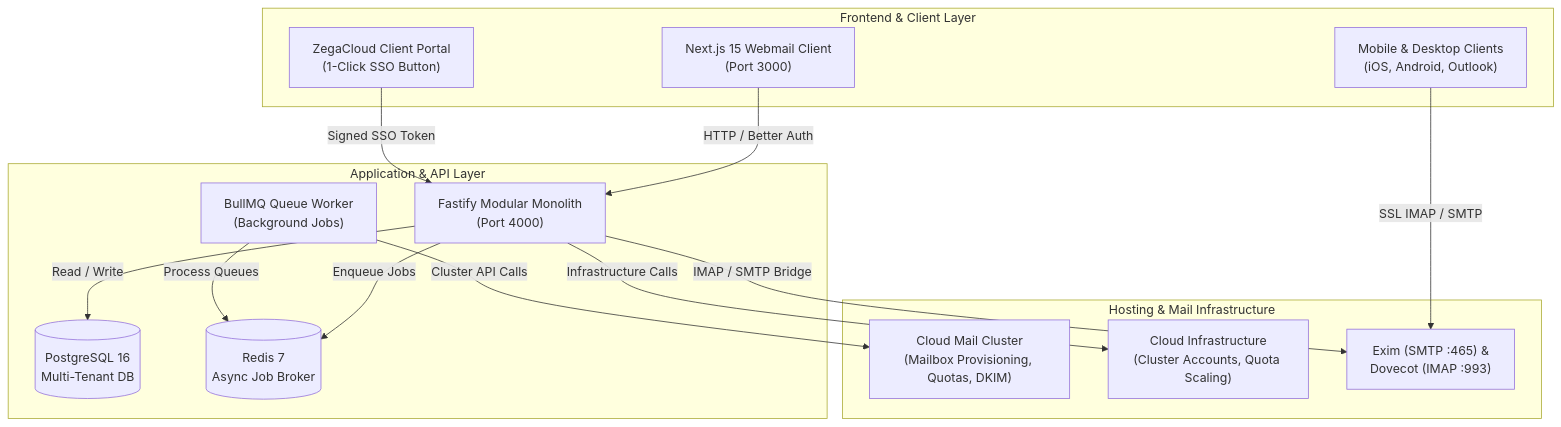
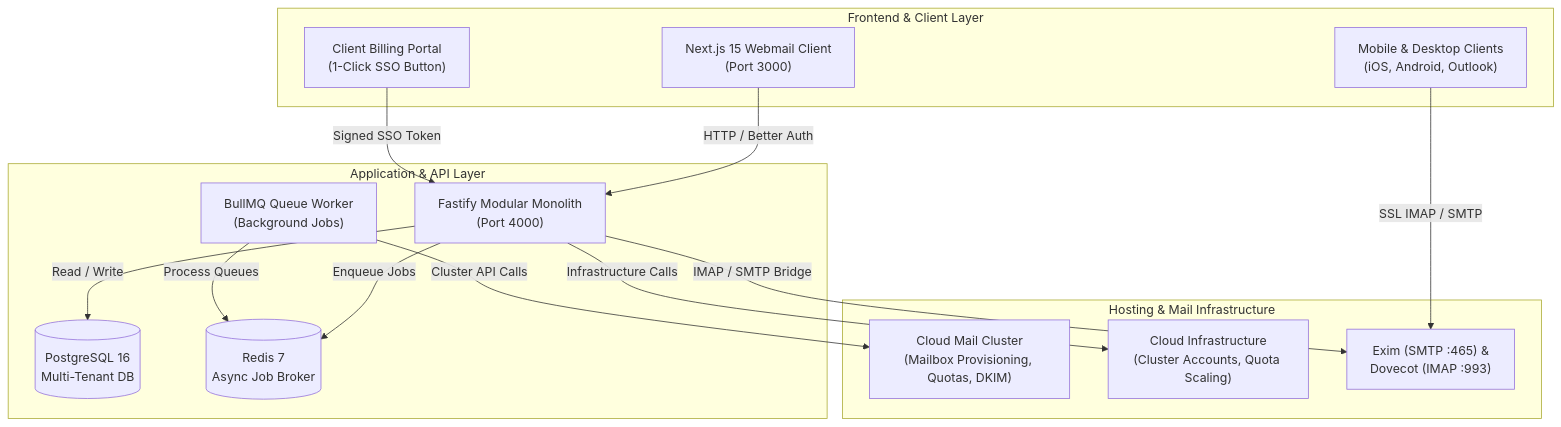
One commit to eliazarwonder-afk/email-service-application changed the diagram in README.md. Above: the diagram before and after it, drawn with Mermaid. The commit also changed other lines of this file and 39 other files, not shown here.

````diff
--- a/README.md
+++ b/README.md
@@ -44,31 +44,31 @@
 ```mermaid
 flowchart TB
     subgraph ClientLayer["Frontend & Client Layer"]
         Browser["Next.js 15 Webmail Client<br/>(Port 3000)"]
         Mobile["Mobile & Desktop Clients<br/>(iOS, Android, Outlook)"]
-        PortalClient["ZegaCloud Client Portal<br/>(1-Click SSO Button)"]
+        PortalClient["Client Billing Portal<br/>(1-Click SSO Button)"]
     end
 
     subgraph ServiceLayer["Application & API Layer"]
         API["Fastify Modular Monolith<br/>(Port 4000)"]
         Worker["BullMQ Queue Worker<br/>(Background Jobs)"]
         DB[("PostgreSQL 16<br/>Multi-Tenant DB")]
         Redis[("Redis 7<br/>Async Job Broker")]
     end
 
     subgraph InfraLayer["Hosting & Mail Infrastructure"]
         MailCluster["Cloud Mail Cluster<br/>(Mailbox Provisioning, Quotas, DKIM)"]
         HostCluster["Cloud Infrastructure<br/>(Cluster Accounts, Quota Scaling)"]
         EximDovecot["Exim (SMTP :465) &<br/>Dovecot (IMAP :993)"]
     end
 
     Browser -->|HTTP / Better Auth| API
     PortalClient -->|Signed SSO Token| API
     Mobile -->|SSL IMAP / SMTP| EximDovecot
     API -->|Read / Write| DB
     API -->|Enqueue Jobs| Redis
     Worker -->|Process Queues| Redis
     Worker -->|Cluster API Calls| MailCluster
     API -->|Infrastructure Calls| HostCluster
     API -->|IMAP / SMTP Bridge| EximDovecot
 ```
````
